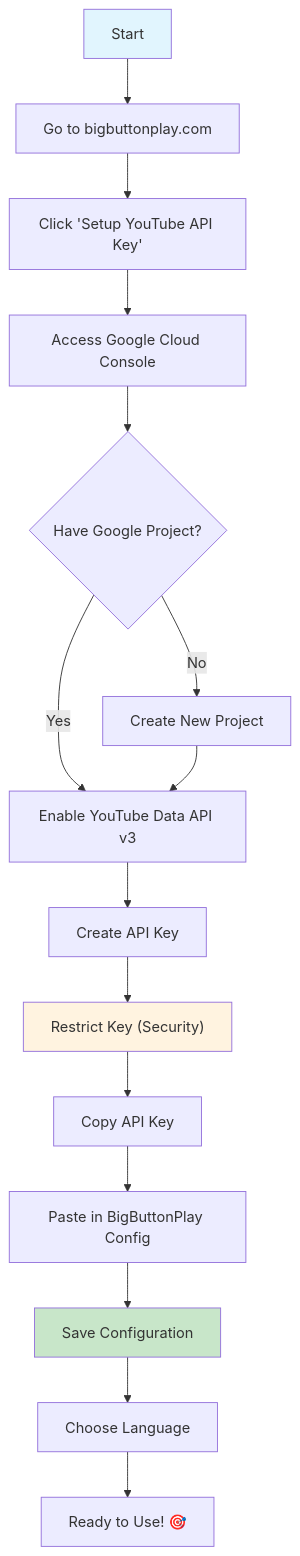
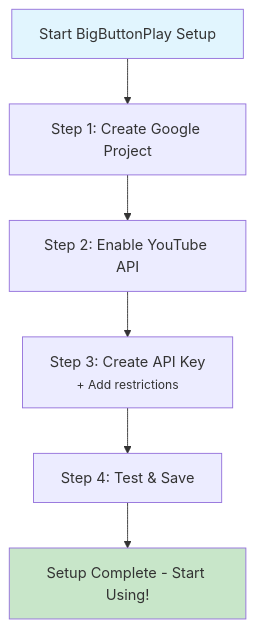
The diagram in README.md (gelso/BigButtonPlay), drawn with Mermaid before and after one commit. The commit also changed other lines of this file, not shown here.

````diff
--- a/README.md
+++ b/README.md
@@ -54,21 +65,11 @@
 ```mermaid
 flowchart TD
-    A[Start] --> B["Go to bigbuttonplay.com"]
-    B --> C["Click 'Setup YouTube API Key'"]
-    C --> D["Access Google Cloud Console"]
-    D --> E{Have Google Project?}
-    E -->|No| F["Create New Project"]
-    E -->|Yes| G["Enable YouTube Data API v3"]
-    F --> G
-    G --> H["Create API Key"]
-    H --> I["Restrict Key (Security)"]
-    I --> J["Copy API Key"]
-    J --> K["Paste in BigButtonPlay Config"]
-    K --> L["Save Configuration"]
-    L --> M["Choose Language"]
-    M --> N[Ready to Use! 🎯]
+    A[Start BigButtonPlay Setup] --> B["Step 1: Create Google Project"]
+    B --> C["Step 2: Enable YouTube API"]
+    C --> D["Step 3: Create API Key<br/><small>+ Add restrictions</small>"]
+    D --> E["Step 4: Test & Save"]
+    E --> F[Setup Complete - Start Using!]
     
     style A fill:#e1f5fe
-    style L fill:#c8e6c9
-    style I fill:#fff3e0
+    style F fill:#c8e6c9
 ```
````
